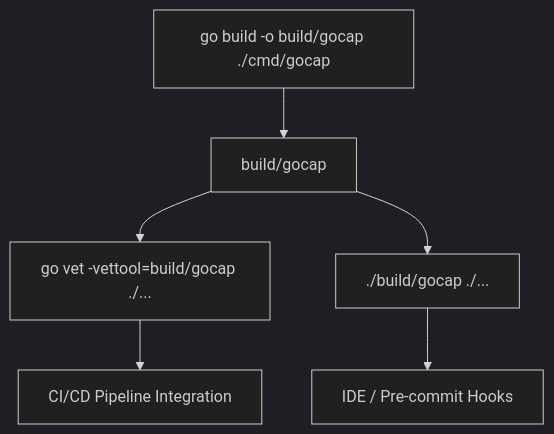
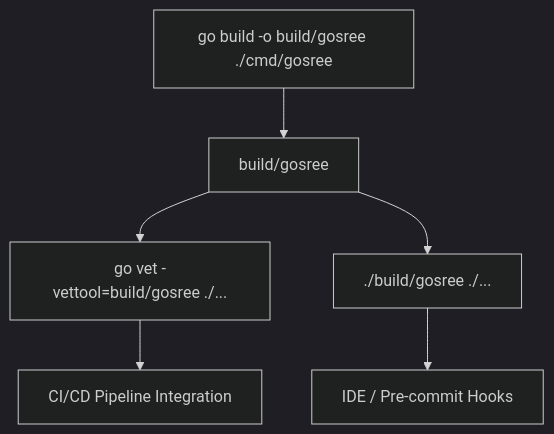
The first of 4 diagrams in docs/TOOLING_AND_ERASURE.md (bharathvbcr/GoSree), drawn with Mermaid (dark theme) before and after one commit. The commit also changed other lines of this file and 13 other files, not shown here.

````diff
--- a/docs/TOOLING_AND_ERASURE.md
+++ b/docs/TOOLING_AND_ERASURE.md
@@ -22,10 +22,10 @@
 ```mermaid
 flowchart TD
-    Build["go build -o build/gocap ./cmd/gocap"] --> Bin["build/gocap"]
-    
-    Bin --> Vet["go vet -vettool=build/gocap ./..."]
-    Bin --> Direct["./build/gocap ./..."]
-    
+    Build["go build -o build/gosree ./cmd/gosree"] --> Bin["build/gosree"]
+
+    Bin --> Vet["go vet -vettool=build/gosree ./..."]
+    Bin --> Direct["./build/gosree ./..."]
+
     Vet --> CI["CI/CD Pipeline Integration"]
     Direct --> IDE["IDE / Pre-commit Hooks"]
 ```
````
